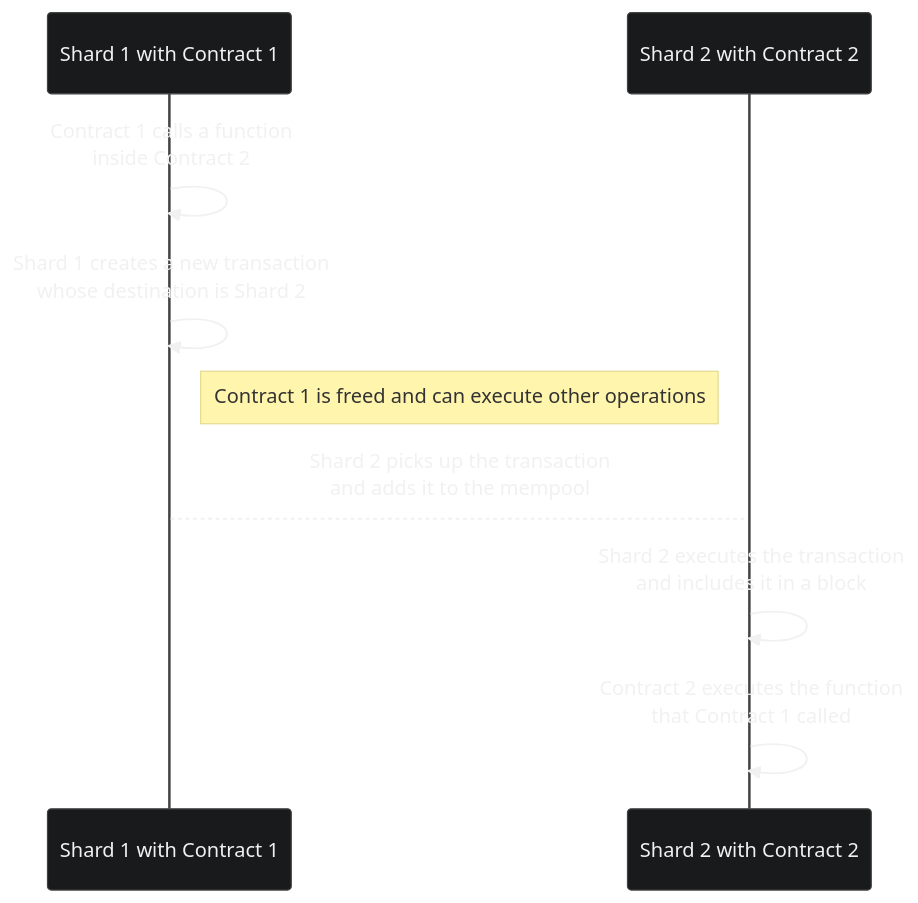
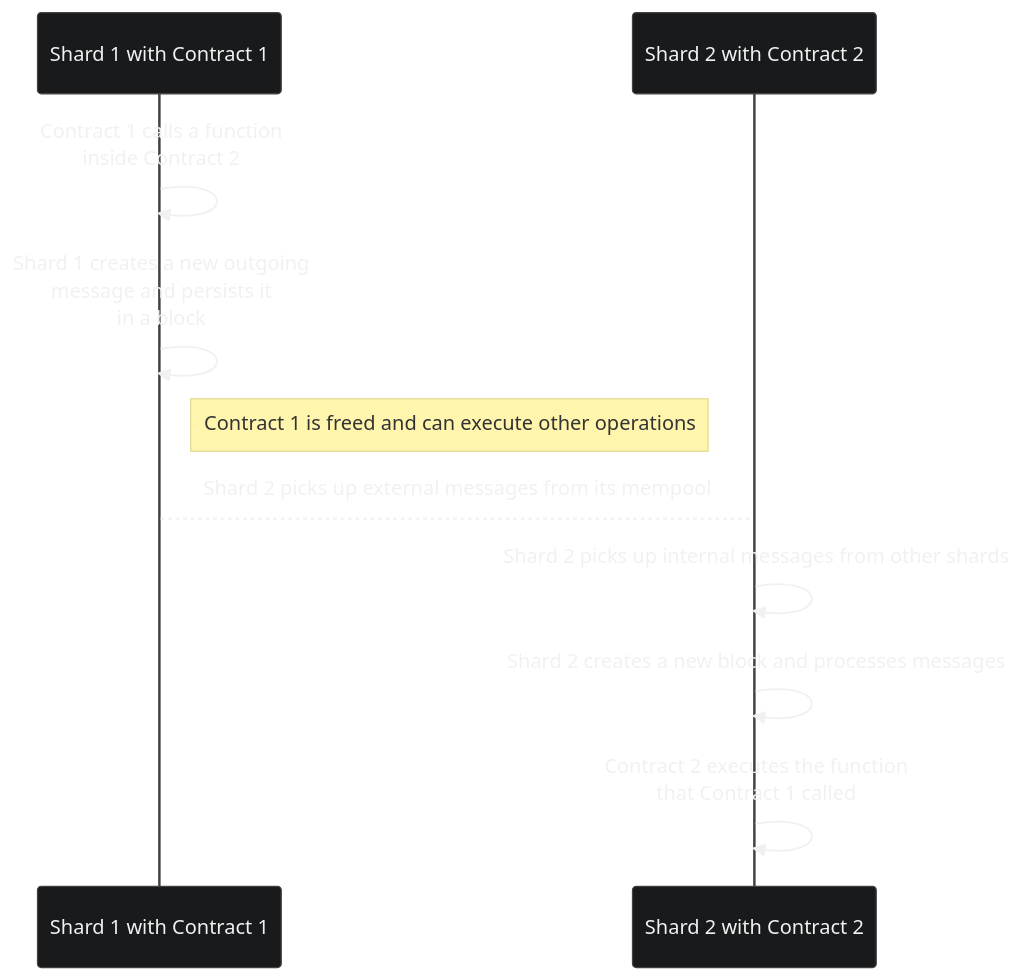
One commit to NilFoundation/docs.nil.foundation changed the diagram in nil/core-concepts/shards-parallel-execution.mdx. Above: the diagram before and after it, drawn with Mermaid. The commit also changed other lines of this file and 3 other files, not shown here.

````diff
--- a/nil/core-concepts/shards-parallel-execution.mdx
+++ b/nil/core-concepts/shards-parallel-execution.mdx
@@ -45,24 +51,25 @@
 ```mermaid
 %%{
   init: {
     'theme': 'base',
     'themeVariables': {
       'primaryColor': '#181A1B',
       'primaryTextColor': '#f1f1f1',
       'primaryBorderColor': '#434343',
       'lineColor': '#F8B229',
       'secondaryColor': '#181A1B',
       'tertiaryColor': '#fff'
     }
   }
 }%%
 sequenceDiagram
     participant S1 as Shard 1 with Contract 1
     participant S2 as Shard 2 with Contract 2
     S1 ->> S1: Contract 1 calls a function<br>inside Contract 2
-    S1 ->> S1: Shard 1 creates a new transaction<br>whose destination is Shard 2
+    S1 ->> S1: Shard 1 creates a new outgoing<br>message and persists it<br>in a block
     Note right of S1: Contract 1 is freed and can execute other operations
-    S1 --> S2: Shard 2 picks up the transaction<br>and adds it to the mempool
-    S2 ->> S2: Shard 2 executes the transaction<br>and includes it in a block
+    S1 --> S2: Shard 2 picks up external messages from its mempool
+    S2 ->> S2: Shard 2 picks up internal messages from other shards
+    S2 ->> S2: Shard 2 creates a new block and processes messages
     S2 ->> S2: Contract 2 executes the function<br>that Contract 1 called   
 ```
````
